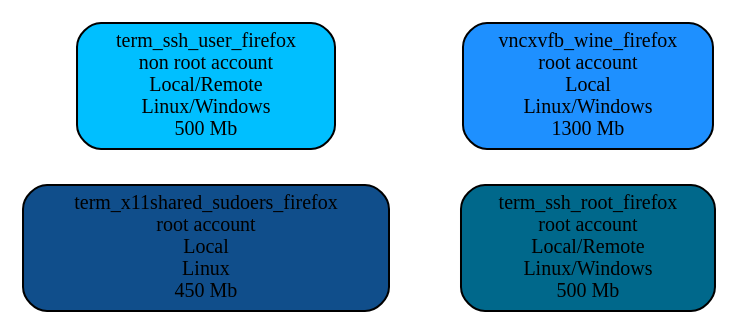
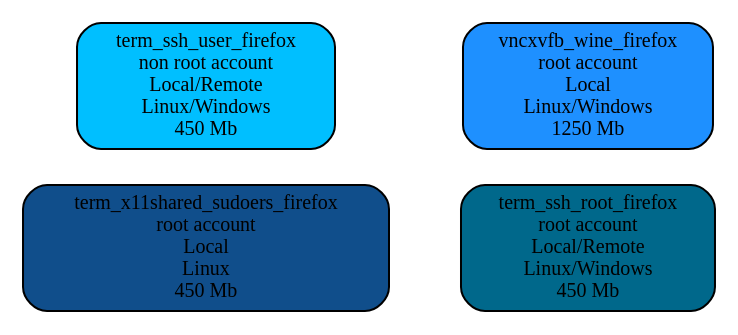
One commit to marchandd/docker_index changed the diagram in graph1.dot. Above: the diagram before and after it, drawn with Graphviz. The commit also changed 7 other files, not shown here.

```diff
--- a/graph1.dot
+++ b/graph1.dot
@@ -1,11 +1,11 @@
 digraph docker
 {
  rankdir=LR;
  "term_x11shared_sudoers_firefox" [label="term_x11shared_sudoers_firefox\nroot account\nLocal\nLinux\n450 Mb",shape=box,fillcolor="dodgerblue4",style="filled,rounded", fontsize="10.0"];
- "vncxvfb_wine_firefox" [label="vncxvfb_wine_firefox\nroot account\nLocal\nLinux/Windows\n1300 Mb",shape=box,fillcolor="dodgerblue",style="filled,rounded", fontsize="10.0"];
- "term_ssh_root_firefox" [label="term_ssh_root_firefox\nroot account\nLocal/Remote\nLinux/Windows\n500 Mb",shape=box,fillcolor="deepskyblue4",style="filled,rounded", fontsize="10.0"];
- "term_ssh_user_firefox" [label="term_ssh_user_firefox\nnon root account\nLocal/Remote\nLinux/Windows\n500 Mb",shape=box,fillcolor="deepskyblue",style="filled,rounded", fontsize="10.0"];
+ "vncxvfb_wine_firefox" [label="vncxvfb_wine_firefox\nroot account\nLocal\nLinux/Windows\n1250 Mb",shape=box,fillcolor="dodgerblue",style="filled,rounded", fontsize="10.0"];
+ "term_ssh_root_firefox" [label="term_ssh_root_firefox\nroot account\nLocal/Remote\nLinux/Windows\n450 Mb",shape=box,fillcolor="deepskyblue4",style="filled,rounded", fontsize="10.0"];
+ "term_ssh_user_firefox" [label="term_ssh_user_firefox\nnon root account\nLocal/Remote\nLinux/Windows\n450 Mb",shape=box,fillcolor="deepskyblue",style="filled,rounded", fontsize="10.0"];
  "term_x11shared_sudoers_firefox" -> "term_ssh_root_firefox" [style="invis"];
  "term_x11shared_sudoers_firefox" -> "vncxvfb_wine_firefox" [style="invis"];
  "term_ssh_root_firefox" -> "term_x11shared_sudoers_firefox" [style="invis"];
 }
```
